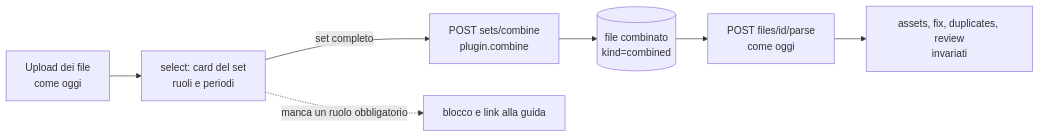
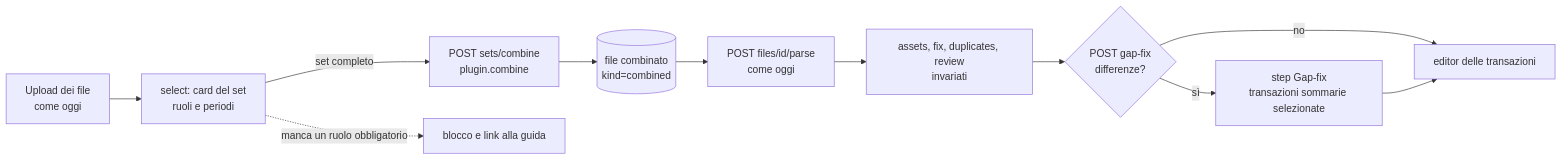
The diagram in LibreFolio_developer_journal/Release_2/Phase_0/26_brimDanskeBank/design-phase00BrimReportSets.md (Librefolio/LibreFolio), drawn with Mermaid before and after one commit. The commit also changed other lines of this file and 2 other files, not shown here.

````diff
--- a/LibreFolio_developer_journal/Release_2/Phase_0/26_brimDanskeBank/design-phase00BrimReportSets.md
+++ b/LibreFolio_developer_journal/Release_2/Phase_0/26_brimDanskeBank/design-phase00BrimReportSets.md
@@ -89,9 +105,13 @@
 ```mermaid
 flowchart LR
   U[Upload dei file<br/>come oggi] --> S[select: card del set<br/>ruoli e periodi]
   S -->|set completo| C[POST sets/combine<br/>plugin.combine]
   C --> F[(file combinato<br/>kind=combined)]
   F --> P[POST files/id/parse<br/>come oggi]
   P --> W[assets, fix, duplicates, review<br/>invariati]
+  W --> G{POST gap-fix<br/>differenze?}
+  G -->|sì| GS[step Gap-fix<br/>transazioni sommarie selezionate]
+  G -->|no| H[editor delle transazioni]
+  GS --> H
   S -.->|manca un ruolo obbligatorio| B[blocco e link alla guida]
 ```
````
